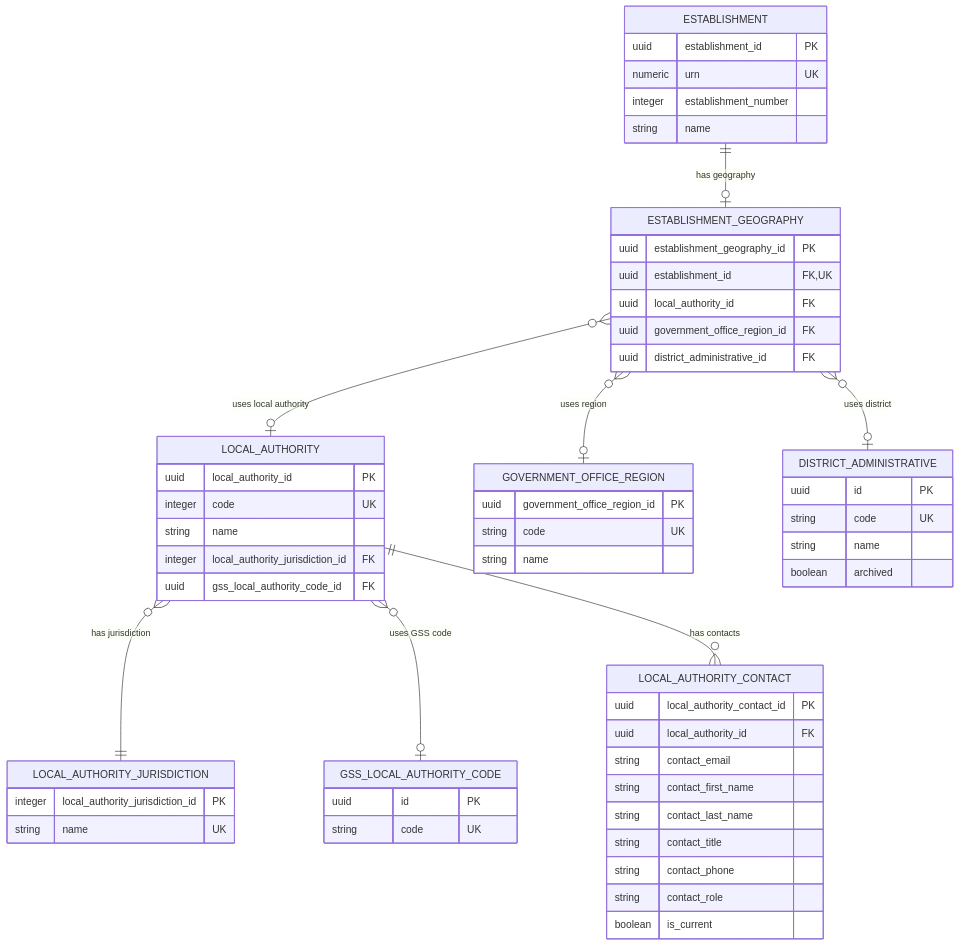
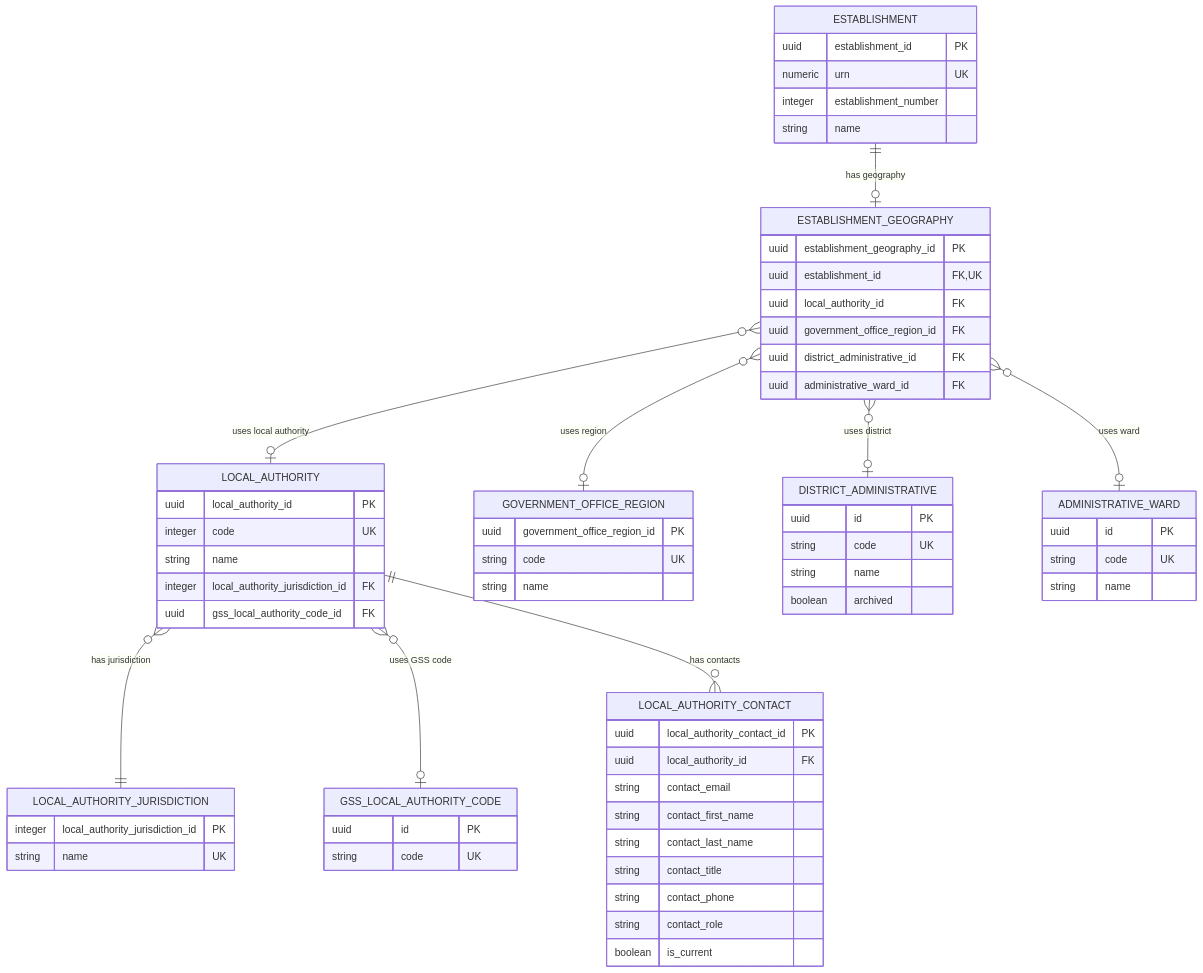
Before and after one commit to DFE-Digital/education-provider-registry-docs: the diagram in models/logical/establishment/geography.md, drawn with Mermaid. The commit also changed other lines of this file and 19 other files, not shown here.

````diff
--- a/models/logical/establishment/geography.md
+++ b/models/logical/establishment/geography.md
@@ -47,68 +23,76 @@
 ```mermaid
 erDiagram
     ESTABLISHMENT ||--o| ESTABLISHMENT_GEOGRAPHY : "has geography"
     ESTABLISHMENT_GEOGRAPHY }o--o| LOCAL_AUTHORITY : "uses local authority"
     ESTABLISHMENT_GEOGRAPHY }o--o| GOVERNMENT_OFFICE_REGION : "uses region"
     ESTABLISHMENT_GEOGRAPHY }o--o| DISTRICT_ADMINISTRATIVE : "uses district"
+    ESTABLISHMENT_GEOGRAPHY }o--o| ADMINISTRATIVE_WARD : "uses ward"
     LOCAL_AUTHORITY }o--|| LOCAL_AUTHORITY_JURISDICTION : "has jurisdiction"
     LOCAL_AUTHORITY }o--o| GSS_LOCAL_AUTHORITY_CODE : "uses GSS code"
     LOCAL_AUTHORITY ||--o{ LOCAL_AUTHORITY_CONTACT : "has contacts"
 
     ESTABLISHMENT {
         uuid establishment_id PK
         numeric urn UK
         integer establishment_number
         string name
     }
 
     ESTABLISHMENT_GEOGRAPHY {
         uuid establishment_geography_id PK
         uuid establishment_id FK, UK
         uuid local_authority_id FK
         uuid government_office_region_id FK
         uuid district_administrative_id FK
+        uuid administrative_ward_id FK
     }
 
     GOVERNMENT_OFFICE_REGION {
         uuid government_office_region_id PK
         string code UK
         string name
     }
 
     DISTRICT_ADMINISTRATIVE {
         uuid id PK
         string code UK
         string name
         boolean archived
+    }
+
+    ADMINISTRATIVE_WARD {
+        uuid id PK
+        string code UK
+        string name
     }
 
     LOCAL_AUTHORITY {
         uuid local_authority_id PK
         integer code UK
         string name
         integer local_authority_jurisdiction_id FK
         uuid gss_local_authority_code_id FK
     }
 
     GSS_LOCAL_AUTHORITY_CODE {
         uuid id PK
         string code UK
     }
 
     LOCAL_AUTHORITY_CONTACT {
         uuid local_authority_contact_id PK
         uuid local_authority_id FK
         string contact_email
         string contact_first_name
         string contact_last_name
         string contact_title
         string contact_phone
         string contact_role
         boolean is_current
     }
 
     LOCAL_AUTHORITY_JURISDICTION {
         integer local_authority_jurisdiction_id PK
         string name UK
     }
 ```
````
